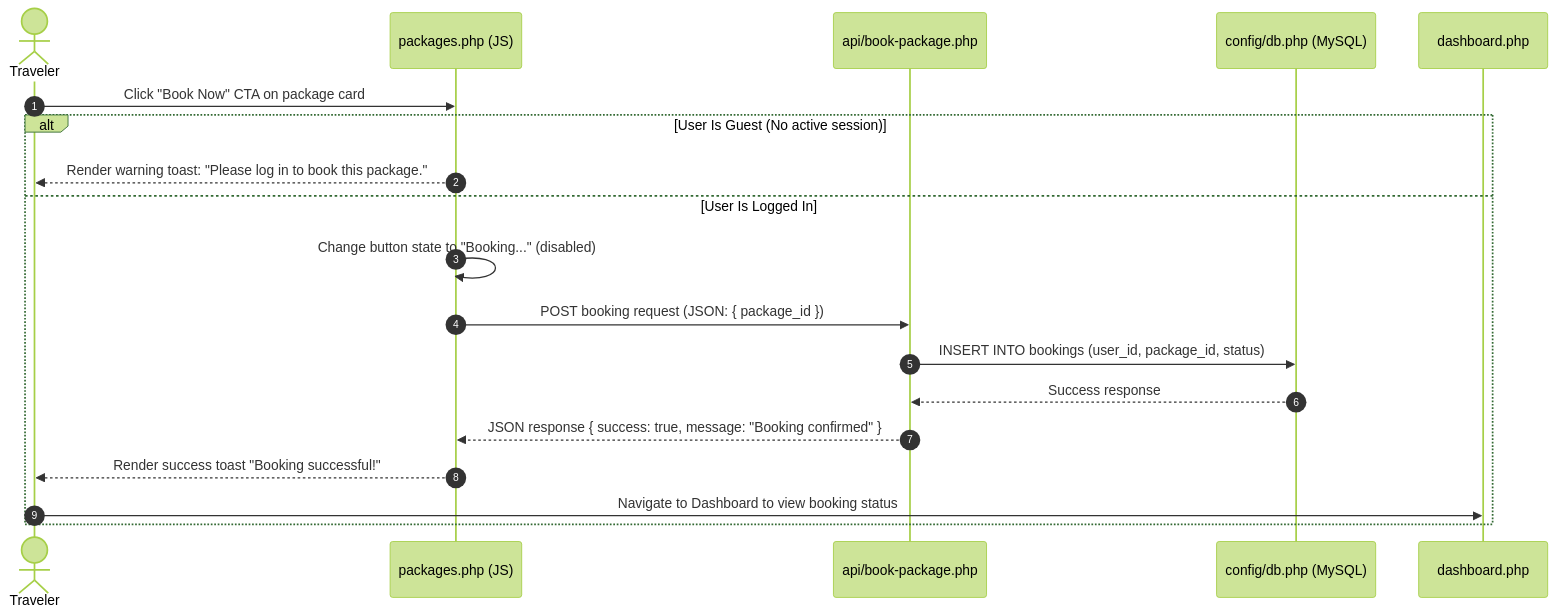
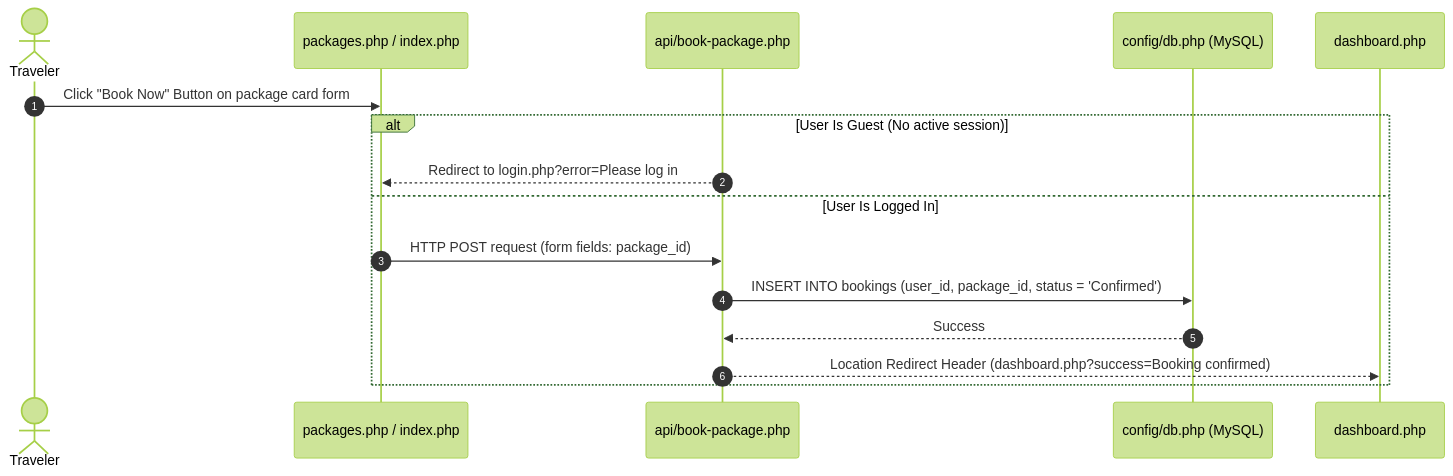
The fourth of 6 diagrams in README.md (Fathima-Asna/ICBT-WEB-Development), drawn with Mermaid (forest theme) before and after one commit. The commit also changed other lines of this file, not shown here.

Commit message:
Update README.md with detailed file descriptions, sitemap, UML use case, and sequence diagrams matching the new standard form-based architecture

````diff
--- a/README.md
+++ b/README.md
@@ -156,22 +186,19 @@
 ```mermaid
 sequenceDiagram
     autonumber
     actor Traveler
-    participant App as packages.php (JS)
+    participant App as packages.php / index.php
     participant API as api/book-package.php
     participant DB as config/db.php (MySQL)
     participant Dashboard as dashboard.php
     
-    Traveler->>App: Click "Book Now" CTA on package card
+    Traveler->>App: Click "Book Now" Button on package card form
     alt User Is Guest (No active session)
-        App-->>Traveler: Render warning toast: "Please log in to book this package."
+        API-->>App: Redirect to login.php?error=Please log in
     else User Is Logged In
-        App->>App: Change button state to "Booking..." (disabled)
-        App->>API: POST booking request (JSON: { package_id })
-        API->>DB: INSERT INTO bookings (user_id, package_id, status)
-        DB-->>API: Success response
-        API-->>App: JSON response { success: true, message: "Booking confirmed" }
-        App-->>Traveler: Render success toast "Booking successful!"
-        Traveler->>Dashboard: Navigate to Dashboard to view booking status
+        App->>API: HTTP POST request (form fields: package_id)
+        API->>DB: INSERT INTO bookings (user_id, package_id, status = 'Confirmed')
+        DB-->>API: Success
+        API-->>Dashboard: Location Redirect Header (dashboard.php?success=Booking confirmed)
     end
 ```
````
